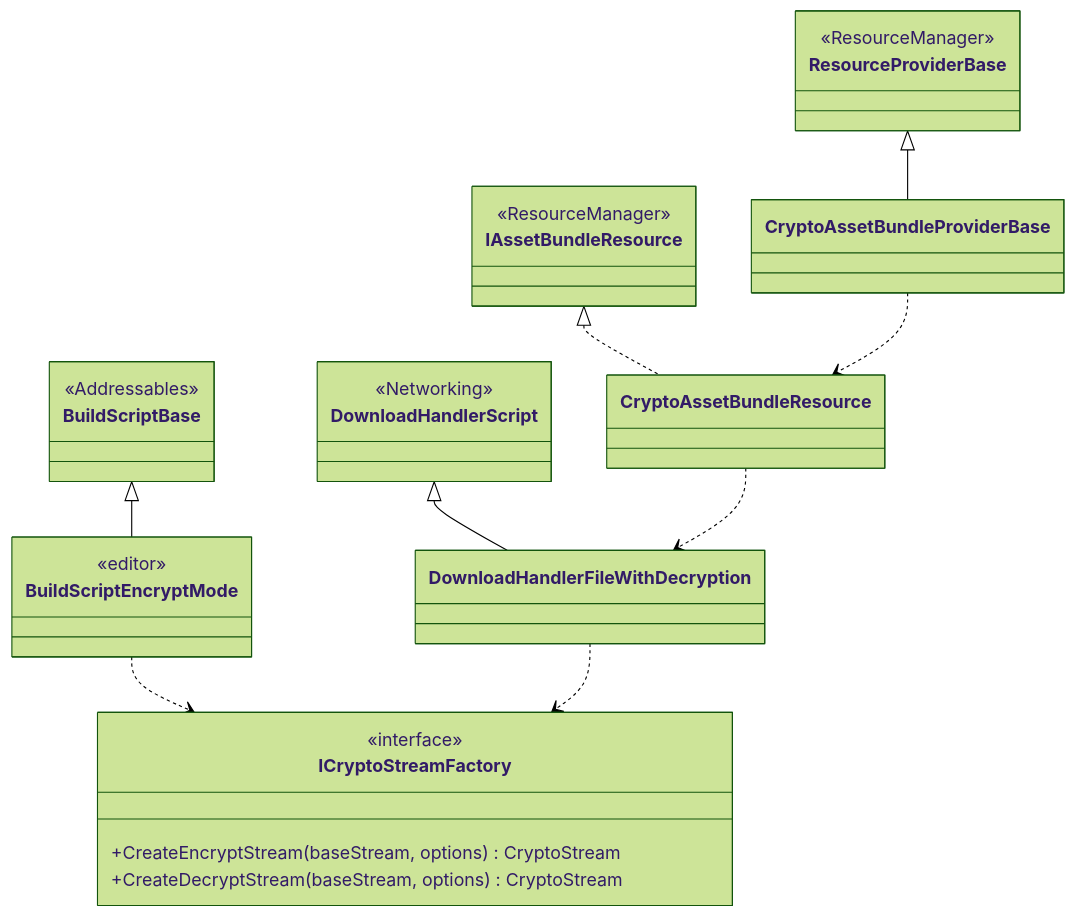
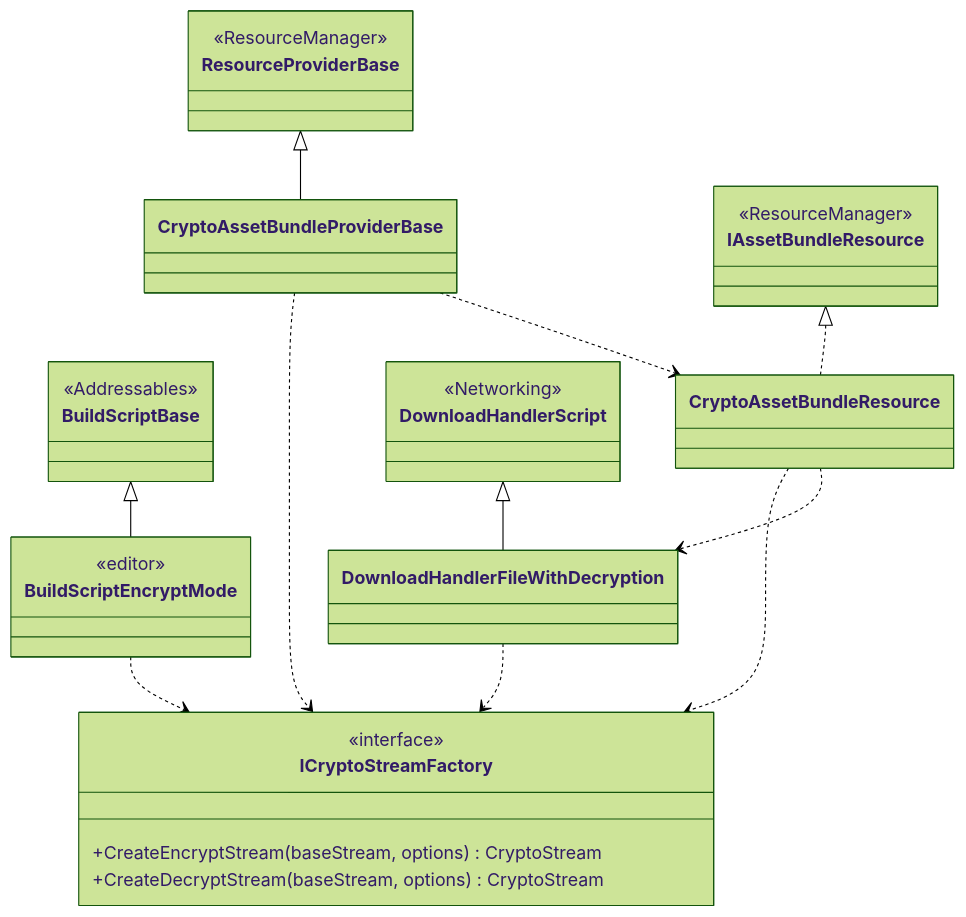
Before and after one commit to extreal-dev/Extreal.Guide: the second of 2 diagrams in docs/integration/asset-workflow.addressables.md, drawn with Mermaid (forest theme). The commit also changed 1 other file, not shown here.

Commit message:
Fix class diagram for customization

````diff
--- a/docs/integration/asset-workflow.addressables.md
+++ b/docs/integration/asset-workflow.addressables.md
@@ -75,47 +75,49 @@
 ```mermaid
 classDiagram
 
     BuildScriptBase <|-- BuildScriptEncryptMode
     ResourceProviderBase <|-- CryptoAssetBundleProviderBase
     IAssetBundleResource <|.. CryptoAssetBundleResource
     DownloadHandlerScript <|-- DownloadHandlerFileWithDecryption
     BuildScriptEncryptMode ..> ICryptoStreamFactory
+    CryptoAssetBundleProviderBase ..> ICryptoStreamFactory
+    CryptoAssetBundleResource ..> ICryptoStreamFactory
     DownloadHandlerFileWithDecryption ..> ICryptoStreamFactory
     CryptoAssetBundleProviderBase ..> CryptoAssetBundleResource
     CryptoAssetBundleResource ..> DownloadHandlerFileWithDecryption
 
     class ResourceProviderBase {
         <<ResourceManager>>
     }
     
     class CryptoAssetBundleProviderBase {
     }
     
     class IAssetBundleResource {
         <<ResourceManager>>
     }
 
     class CryptoAssetBundleResource {
     }
 
     class DownloadHandlerScript {
         <<Networking>>
     }
 
     class DownloadHandlerFileWithDecryption {
     }
 
     class ICryptoStreamFactory {
         <<interface>>
         +CreateEncryptStream(baseStream, options) CryptoStream
         +CreateDecryptStream(baseStream, options) CryptoStream
     }
     
     class BuildScriptBase {
         <<Addressables>>
     }
     
     class BuildScriptEncryptMode {
         <<editor>>
     }
 ```
````
